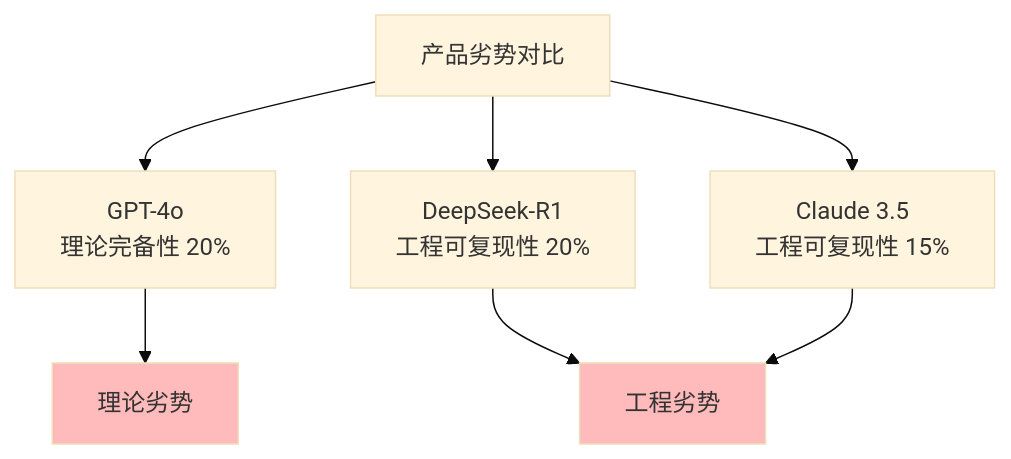
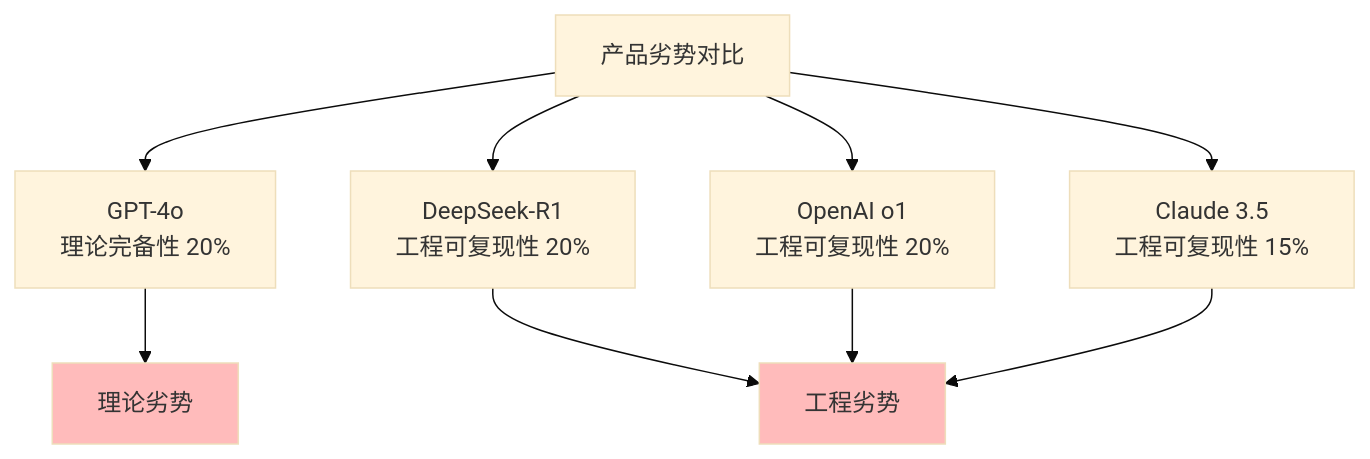
Before and after one commit to AdaMartin18010/FormalAI: the ninth of 10 diagrams in concepts/02-AI炼金术转化度模型/02.1.3-典型产品转化度分析.md, drawn with Mermaid (base theme). The commit also changed other lines of this file and 50 other files, not shown here.

````diff
--- a/concepts/02-AI炼金术转化度模型/02.1.3-典型产品转化度分析.md
+++ b/concepts/02-AI炼金术转化度模型/02.1.3-典型产品转化度分析.md
@@ -308,13 +509,15 @@
 ```mermaid
 graph TB
     A[产品劣势对比] --> B[GPT-4o<br>理论完备性 20%]
     A --> C[DeepSeek-R1<br>工程可复现性 20%]
-    A --> D[Claude 3.5<br>工程可复现性 15%]
+    A --> D[OpenAI o1<br>工程可复现性 20%]
+    A --> E[Claude 3.5<br>工程可复现性 15%]
 
-    B --> E[理论劣势]
-    C --> F[工程劣势]
-    D --> F
+    B --> F[理论劣势]
+    C --> G[工程劣势]
+    D --> G
+    E --> G
 
-    style E fill:#fbb
     style F fill:#fbb
+    style G fill:#fbb
 ```
````
